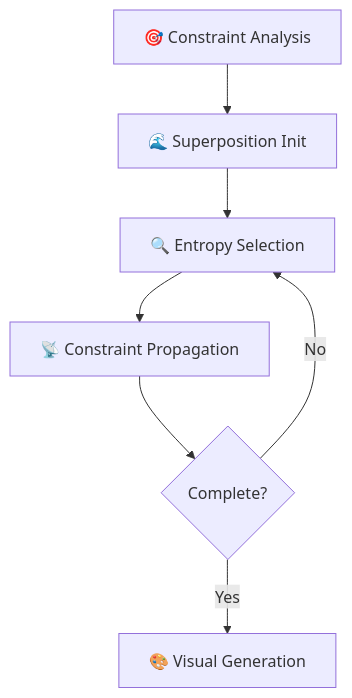
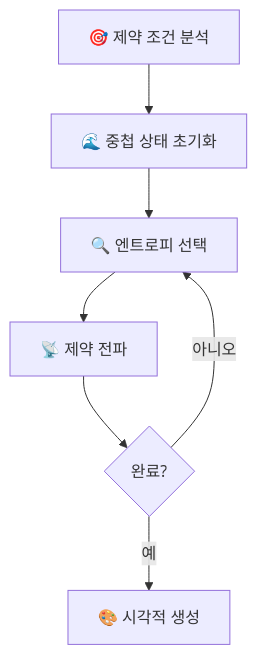
Before and after one commit to devouring123/ProceduralWorld: the diagram in README.md, drawn with Mermaid. The commit also changed other lines of this file, not shown here.

````diff
--- a/README.md
+++ b/README.md
@@ -46,9 +46,9 @@
 ```mermaid
 graph TD
-    A[🎯 Constraint Analysis] --> B[🌊 Superposition Init]
-    B --> C[🔍 Entropy Selection]
-    C --> D[📡 Constraint Propagation]
-    D --> E{Complete?}
-    E -->|No| C
-    E -->|Yes| F[🎨 Visual Generation]
+    A[🎯 제약 조건 분석] --> B[🌊 중첩 상태 초기화]
+    B --> C[🔍 엔트로피 선택]
+    C --> D[📡 제약 전파]
+    D --> E{완료?}
+    E -->|아니오| C
+    E -->|예| F[🎨 시각적 생성]
 ```
````
